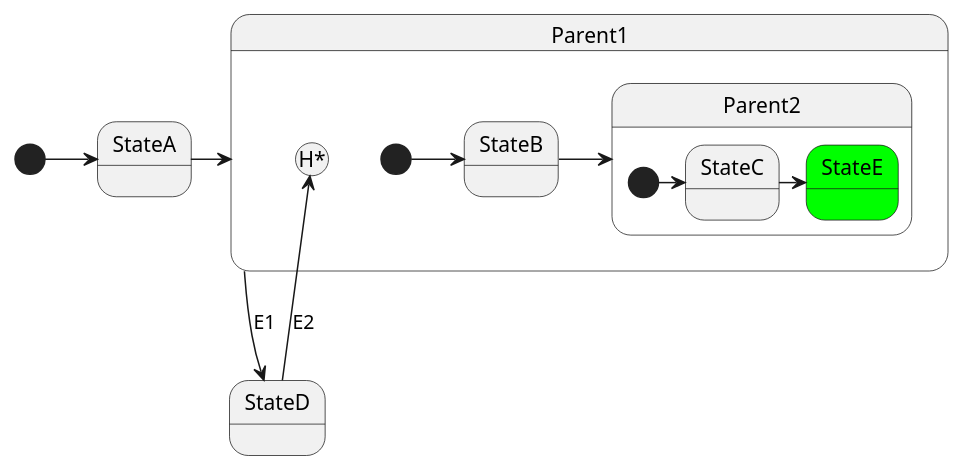
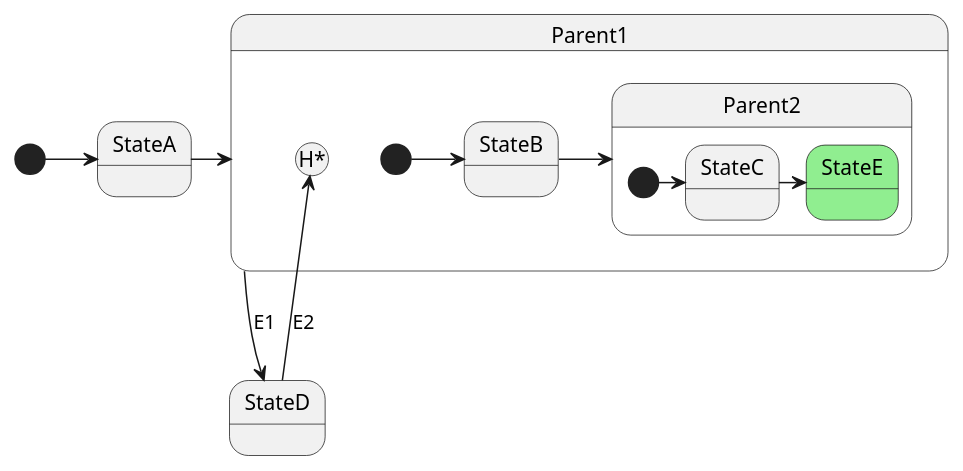
The diagram in source/features/history/history_deep_01.pu (igor-krechetov/hsmcpp-doc), drawn with PlantUML before and after one commit. The commit also changed 23 other files, not shown here.

```diff
--- a/source/features/history/history_deep_01.pu
+++ b/source/features/history/history_deep_01.pu
@@ -1,24 +1,24 @@
 @startuml
 
 state StateD
 
 [*] -> StateA
 StateA -> Parent1
 
 state Parent1 {
     [*] -> StateB
     StateB -> Parent2
 
     state Parent2 {
         [*] -> StateC
         StateC -> StateE
 
-        state StateE #00FF00
+        state StateE#LightGreen
     }
 
     StateD -up-> [H*]: E2
 }
 
 Parent1 -down-> StateD: E1
 
 @enduml
```
